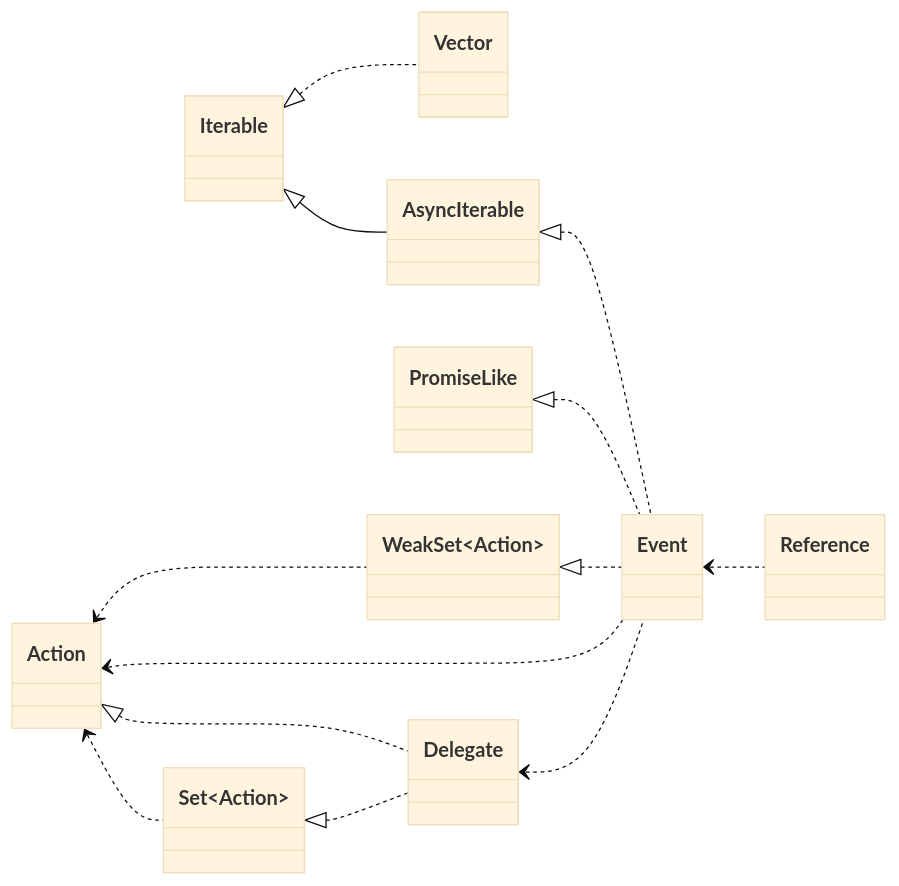
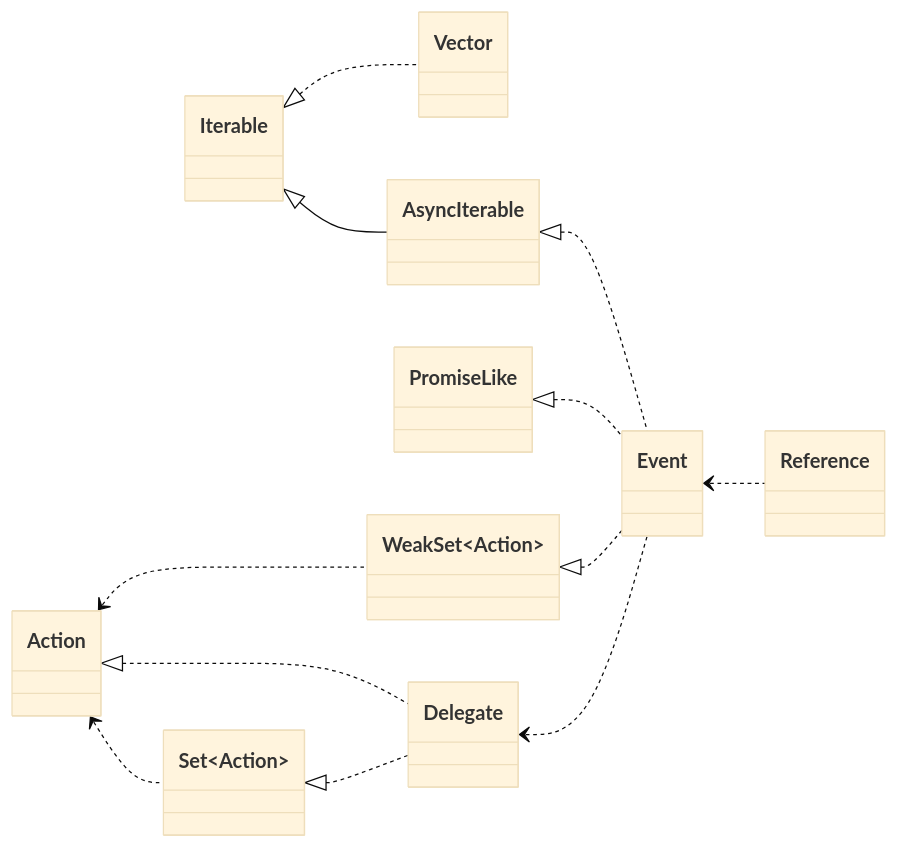
One commit to domrally/peekeasy changed the fourth of 4 diagrams in README.md. Above: the diagram before and after it, drawn with Mermaid (base theme).

````diff
--- a/README.md
+++ b/README.md
@@ -204,22 +204,21 @@
 ```mermaid
 classDiagram
     direction LR
     Iterable <|.. Vector
     Iterable <|-- AsyncIterable
     AsyncIterable <|.. Event
     PromiseLike <|.. Event
     WeakSet~Action~ <|.. Event
     Action <.. WeakSet~Action~
     Action <.. Set~Action~
-    Action <.. Event
     Action <|.. Delegate
     Set~Action~ <|.. Delegate
     Delegate <.. Event
     Event <.. Reference
     class Delegate
     link Delegate "https://github.com/domrally/peekeasy/blob/main/src/delegate.ts" "delegate.ts"
     class Event
     link Event "https://github.com/domrally/peekeasy/blob/main/src/event.ts" "event.ts"
     class Vector
     link Vector "https://github.com/domrally/peekeasy/blob/main/src/vector.ts" "vector.ts"
 ```
````
